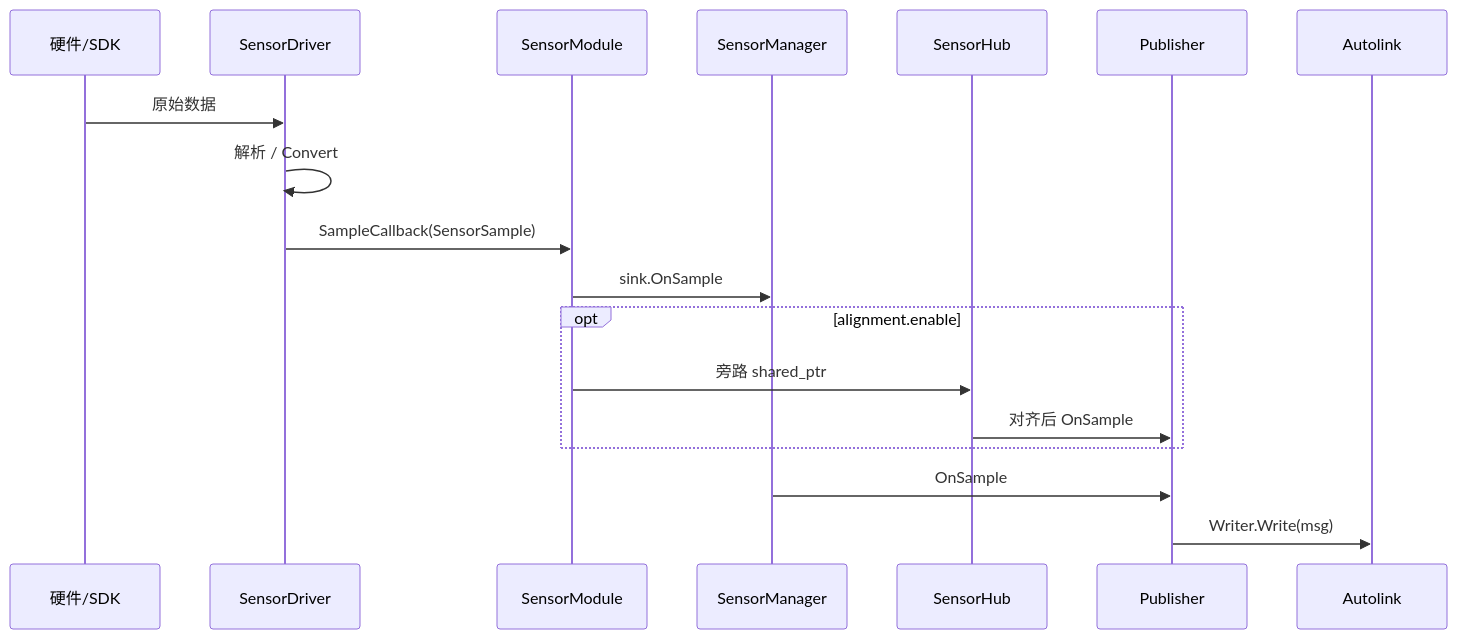
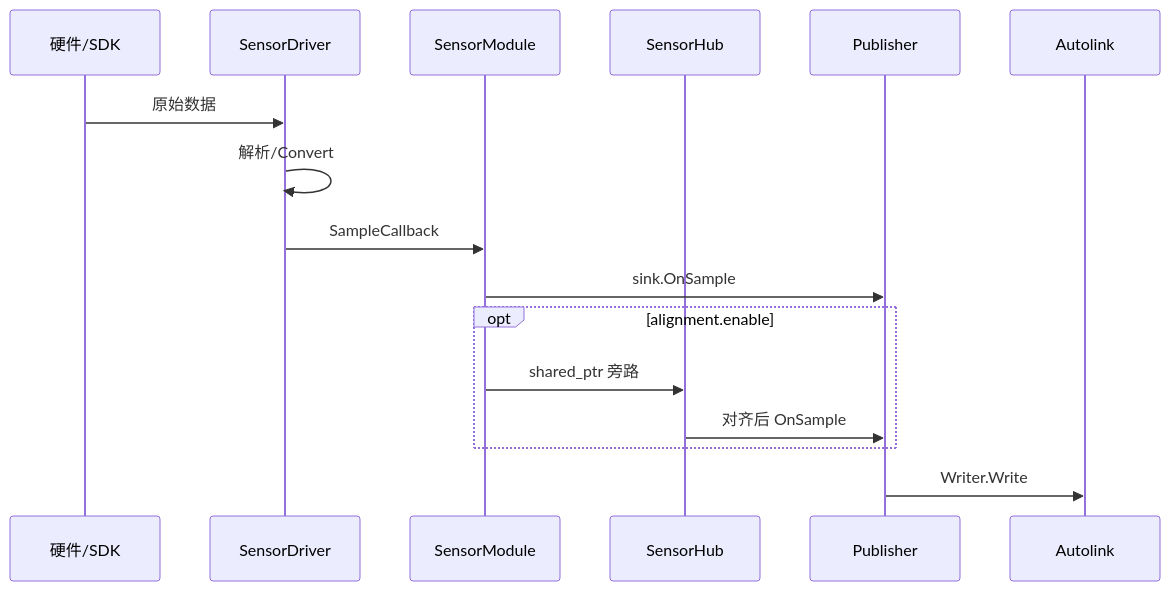
One commit to quandy2020/autonomy changed the diagram in autodriver/docs/source/guide/dataflow.md. Above: the diagram before and after it, drawn with Mermaid. The commit also changed other lines of this file and 28 other files, not shown here.

````diff
--- a/autodriver/docs/source/guide/dataflow.md
+++ b/autodriver/docs/source/guide/dataflow.md
@@ -7,21 +7,18 @@
 ```mermaid
 sequenceDiagram
   participant HW as 硬件/SDK
   participant Drv as SensorDriver
   participant Mod as SensorModule
-  participant SM as SensorManager
   participant Hub as SensorHub
   participant Pub as Publisher
   participant AL as Autolink
-
   HW->>Drv: 原始数据
-  Drv->>Drv: 解析 / Convert
-  Drv->>Mod: SampleCallback(SensorSample)
-  Mod->>SM: sink.OnSample
+  Drv->>Drv: 解析/Convert
+  Drv->>Mod: SampleCallback
+  Mod->>Pub: sink.OnSample
   opt alignment.enable
-    Mod->>Hub: 旁路 shared_ptr
+    Mod->>Hub: shared_ptr 旁路
     Hub->>Pub: 对齐后 OnSample
   end
-  SM->>Pub: OnSample
-  Pub->>AL: Writer.Write(msg)
+  Pub->>AL: Writer.Write
 ```
````
